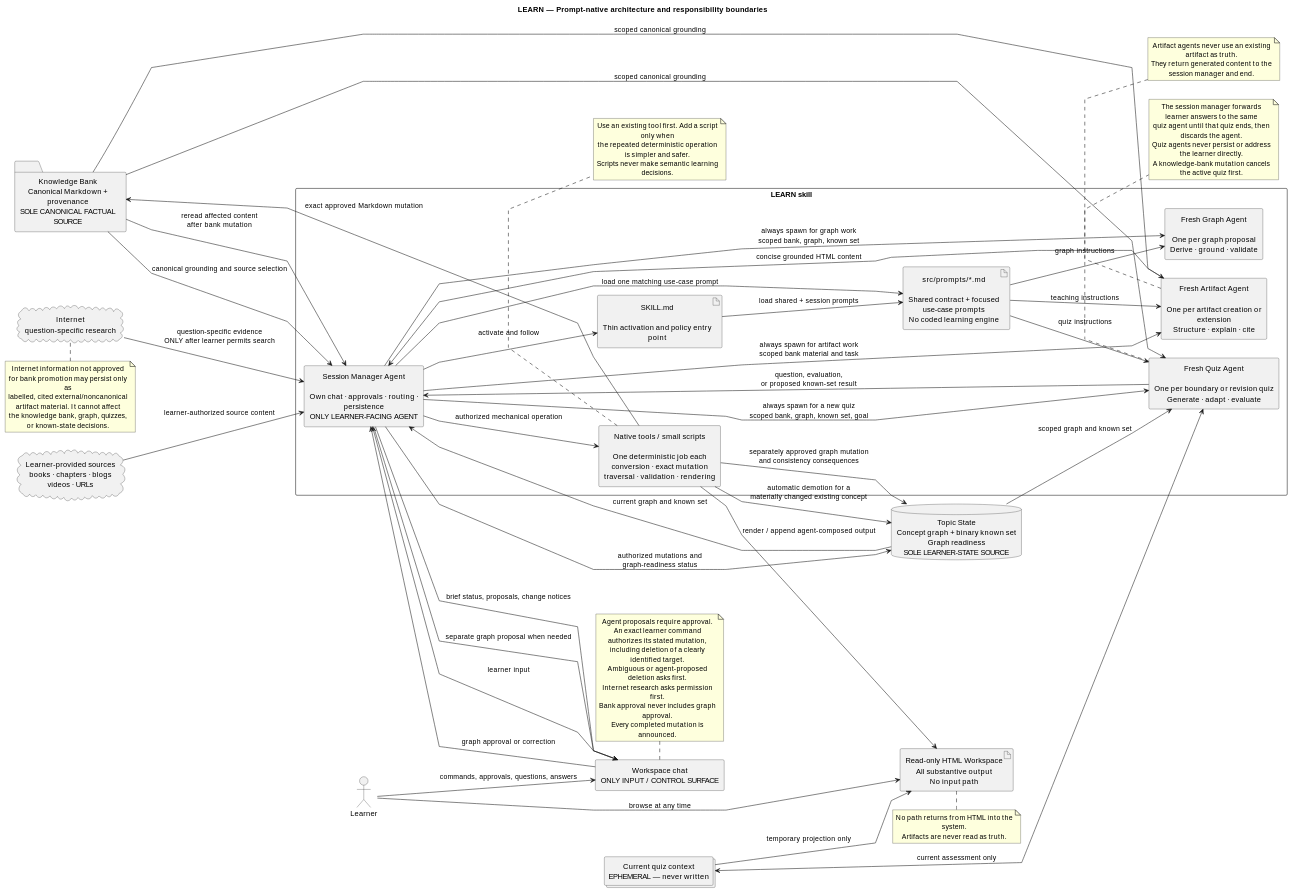
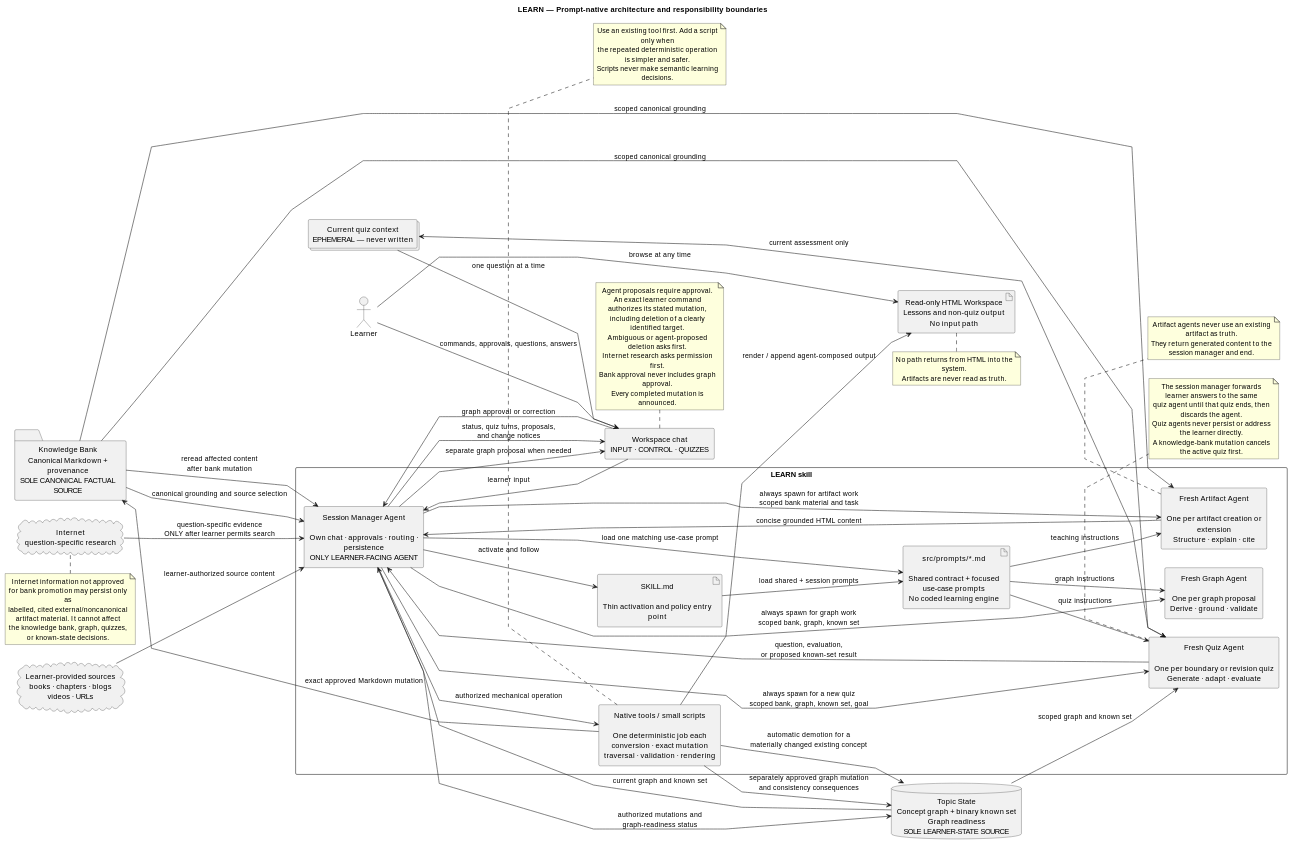
Before and after one commit to TomasTillmann/LEARN: the first of 3 diagrams in PRODUCT_SPEC.md, drawn with PlantUML. The commit also changed other lines of this file and 7 other files, not shown here.

Commit message:
Run quizzes one question at a time in chat

```diff
--- a/PRODUCT_SPEC.md
+++ b/PRODUCT_SPEC.md
@@ -503,7 +502,7 @@
 actor Learner
 cloud "Learner-provided sources\nbooks · chapters · blogs\nvideos · URLs" as Sources
 cloud "Internet\nquestion-specific research" as Web
-rectangle "Workspace chat\nONLY INPUT / CONTROL SURFACE" as Chat
+rectangle "Workspace chat\nINPUT · CONTROL · QUIZZES" as Chat
 
 package "LEARN skill" {
   artifact "SKILL.md\n\nThin activation and policy entry point" as Skill
@@ -517,12 +516,12 @@
 
 folder "Knowledge Bank\nCanonical Markdown + provenance\nSOLE CANONICAL FACTUAL SOURCE" as Bank
 database "Topic State\nConcept graph + binary known set\nGraph readiness\nSOLE LEARNER-STATE SOURCE" as State
-artifact "Read-only HTML Workspace\nAll substantive output\nNo input path" as HTML
+artifact "Read-only HTML Workspace\nLessons and non-quiz output\nNo input path" as HTML
 collections "Current quiz context\nEPHEMERAL — never written" as Quiz
 
 Learner --> Chat : commands, approvals, questions, answers
 Chat --> Session : learner input
-Session --> Chat : brief status, proposals, change notices
+Session --> Chat : status, quiz turns, proposals,\nand change notices
 Learner --> HTML : browse at any time
 
 Session --> Skill : activate and follow
@@ -536,7 +535,7 @@
 Prompt --> ArtifactAgent : teaching instructions
 QuizAgent --> Session : question, evaluation,\nor proposed known-set result
 ArtifactAgent --> Session : concise grounded HTML content
-Quiz --> HTML : temporary projection only
+Quiz --> Chat : one question at a time
 
 Sources --> Session : learner-authorized source content
 Web --> Session : question-specific evidence\nONLY after learner permits search
```
